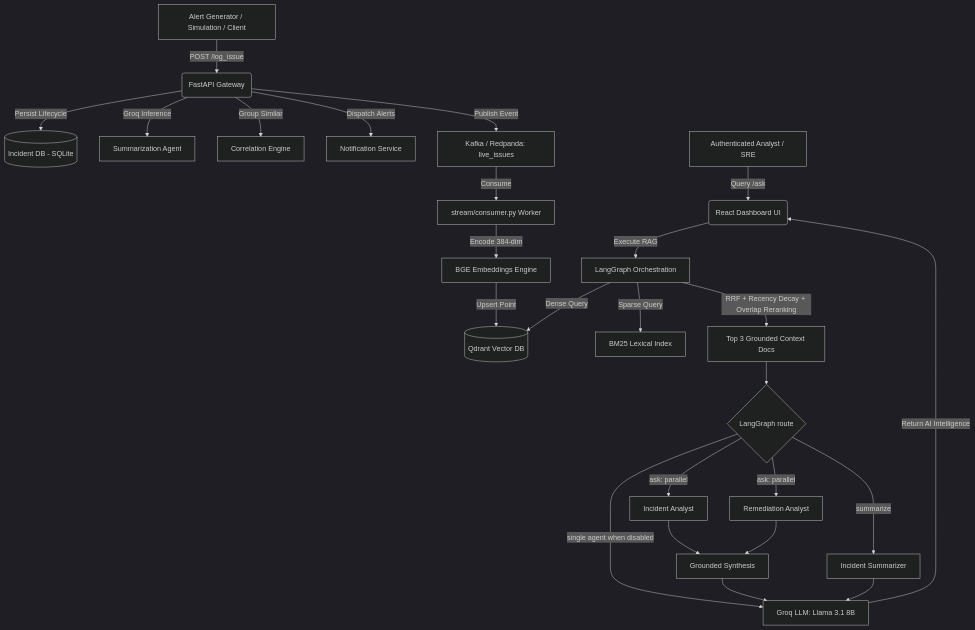
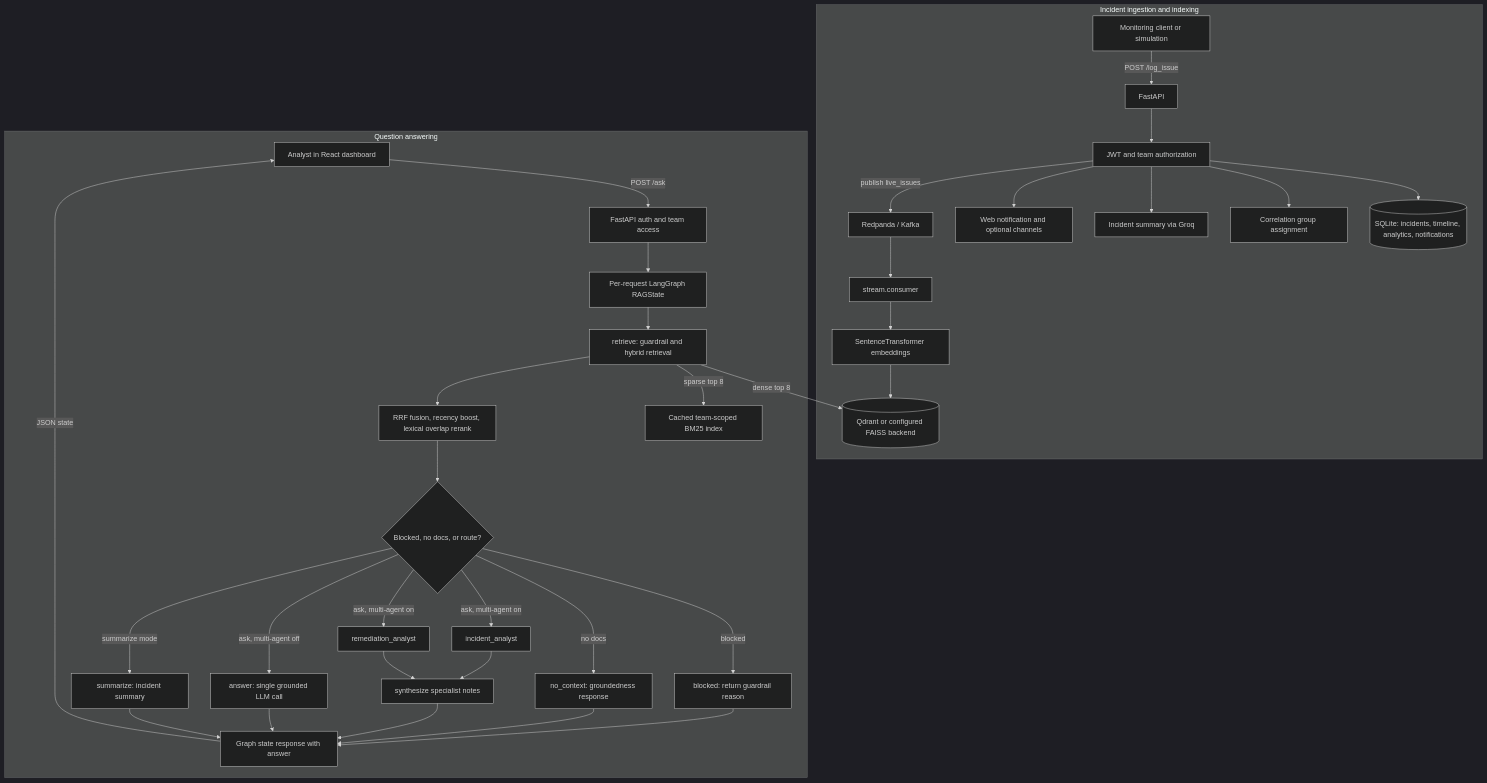
One commit to krishshah122/RealTimerag changed the diagram in README.md. Above: the diagram before and after it, drawn with Mermaid (dark theme). The commit also changed other lines of this file and 1 other file, not shown here.

````diff
--- a/README.md
+++ b/README.md
@@ -34,29 +34,39 @@
 ```mermaid
 graph TD
-    A[Alert Generator / Simulation / Client] -->|POST /log_issue| B(FastAPI Gateway)
-    B -->|Persist Lifecycle| C[(Incident DB - SQLite)]
-    B -->|Groq Inference| D[Summarization Agent]
-    B -->|Group Similar| E[Correlation Engine]
-    B -->|Dispatch Alerts| F[Notification Service]
-    B -->|Publish Event| G[Kafka / Redpanda: live_issues]
-    
-    G -->|Consume| H[stream/consumer.py Worker]
-    H -->|Encode 384-dim| I[BGE Embeddings Engine]
-    I -->|Upsert Point| J[(Qdrant Vector DB)]
+    subgraph Ingest["Incident ingestion and indexing"]
+      A[Monitoring client or simulation] -->|POST /log_issue| API[FastAPI]
+      API --> AUTH[JWT and team authorization]
+      AUTH --> SQL[(SQLite: incidents, timeline, analytics, notifications)]
+      AUTH --> CORR[Correlation group assignment]
+      AUTH --> SUM[Incident summary via Groq]
+      AUTH --> NOTIFY[Web notification and optional channels]
+      AUTH -->|publish live_issues| KAFKA[Redpanda / Kafka]
+      KAFKA --> WORKER[stream.consumer]
+      WORKER --> EMBED[SentenceTransformer embeddings]
+      EMBED --> QDRANT[(Qdrant or configured FAISS backend)]
+    end
 
-    K[Authenticated Analyst / SRE] -->|Query /ask| L(React Dashboard UI)
-    L -->|Execute RAG| M[LangGraph Orchestration]
-    M -->|Dense Query| J
-    M -->|Sparse Query| N[BM25 Lexical Index]
-    M -->|RRF + Recency Decay + Overlap Reranking| O[Top 3 Grounded Context Docs]
-    O --> Q{LangGraph route}
-    Q -->|ask: parallel| R[Incident Analyst]
-    Q -->|ask: parallel| S[Remediation Analyst]
-    Q -->|single agent when disabled| P
-    R --> T[Grounded Synthesis]
-    S --> T
-    Q -->|summarize| U[Incident Summarizer]
-    T --> P[Groq LLM: Llama 3.1 8B]
-    U --> P
-    P -->|Return AI Intelligence| L
+    subgraph Ask["Question answering"]
+      USER[Analyst in React dashboard] -->|POST /ask| API2[FastAPI auth and team access]
+      API2 --> STATE[Per-request LangGraph RAGState]
+      STATE --> RETRIEVE[retrieve: guardrail and hybrid retrieval]
+      RETRIEVE -->|dense top 8| QDRANT
+      RETRIEVE -->|sparse top 8| BM25[Cached team-scoped BM25 index]
+      RETRIEVE --> FUSE[RRF fusion, recency boost, lexical overlap rerank]
+      FUSE --> ROUTE{Blocked, no docs, or route?}
+      ROUTE -->|blocked| BLOCK[blocked: return guardrail reason]
+      ROUTE -->|no docs| EMPTY[no_context: groundedness response]
+      ROUTE -->|ask, multi-agent on| IA[incident_analyst]
+      ROUTE -->|ask, multi-agent on| RA[remediation_analyst]
+      IA --> SYNTH[synthesize specialist notes]
+      RA --> SYNTH
+      ROUTE -->|ask, multi-agent off| ANSWER[answer: single grounded LLM call]
+      ROUTE -->|summarize mode| SUMGRAPH[summarize: incident summary]
+      SYNTH --> RESULT[Graph state response with answer]
+      ANSWER --> RESULT
+      SUMGRAPH --> RESULT
+      BLOCK --> RESULT
+      EMPTY --> RESULT
+      RESULT -->|JSON state| USER
+    end
 ```
````
